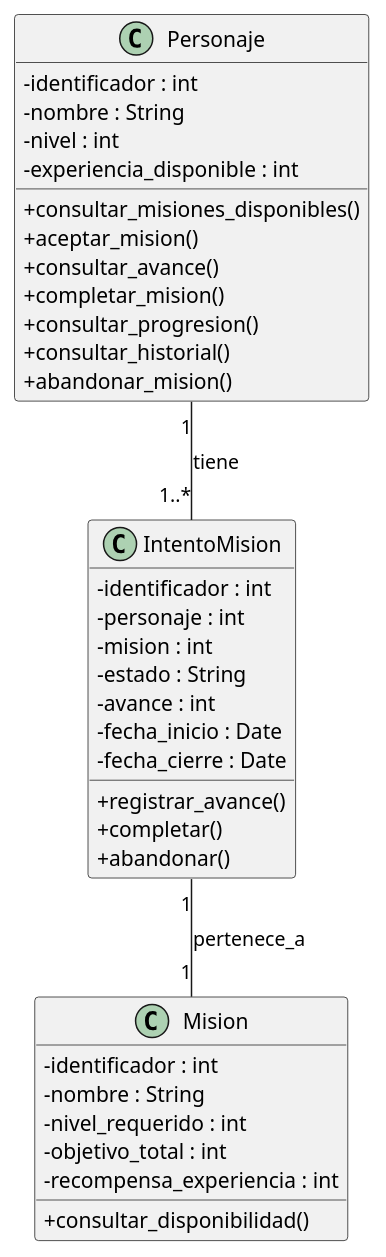
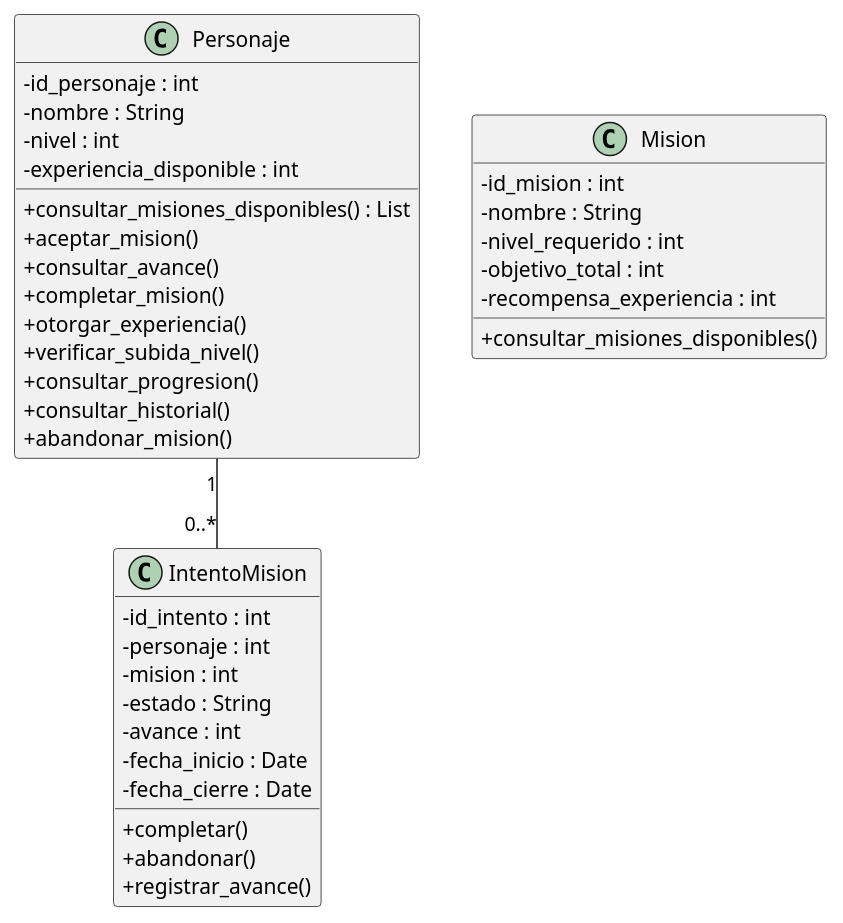
The diagram in salida/diagramas/02_clases.puml (stephannynayleth01-coder/analisis-final-g4), drawn with PlantUML before and after one commit. The commit also changed 18 other files, not shown here.

```diff
--- a/salida/diagramas/02_clases.puml
+++ b/salida/diagramas/02_clases.puml
@@ -1,43 +1,44 @@
 @startuml
 ' Generado por spec2code. Es una PROPUESTA del pipeline: audítala contra la spec.
 skinparam classAttributeIconSize 0
 
 class Personaje {
-  - identificador : int
+  - id_personaje : int
   - nombre : String
   - nivel : int
   - experiencia_disponible : int
-  + consultar_misiones_disponibles()
+  + consultar_misiones_disponibles() : List
   + aceptar_mision()
   + consultar_avance()
   + completar_mision()
+  + otorgar_experiencia()
+  + verificar_subida_nivel()
   + consultar_progresion()
   + consultar_historial()
   + abandonar_mision()
 }
 
 class Mision {
-  - identificador : int
+  - id_mision : int
   - nombre : String
   - nivel_requerido : int
   - objetivo_total : int
   - recompensa_experiencia : int
-  + consultar_disponibilidad()
+  + consultar_misiones_disponibles()
 }
 
 class IntentoMision {
-  - identificador : int
+  - id_intento : int
   - personaje : int
   - mision : int
   - estado : String
   - avance : int
   - fecha_inicio : Date
   - fecha_cierre : Date
-  + registrar_avance()
   + completar()
   + abandonar()
+  + registrar_avance()
 }
 
-Personaje "1" -- "1..*" IntentoMision : tiene
-IntentoMision "1" -- "1" Mision : pertenece_a
+Personaje "1" -- "0..*" IntentoMision
 @enduml
```
